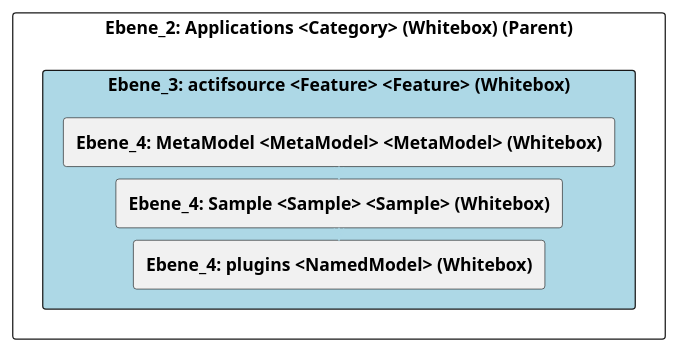
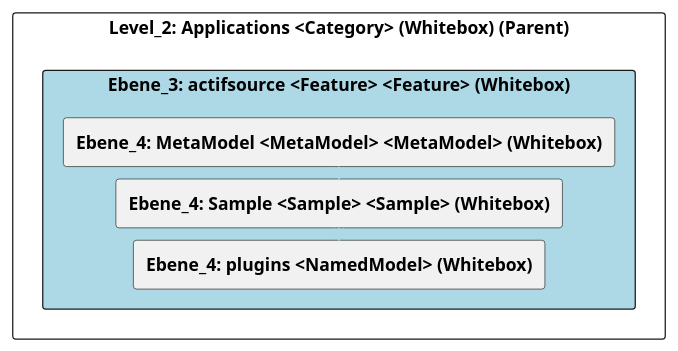
One commit to marcozwyssig/cleon changed the diagram in doc/cleonproject_deliverables_architecture_model_architecture/adoc/de/05_bausteinsicht/cleon/applications/actifsource/ebene_3_actifsource.adoc. Above: the diagram before and after it, drawn with PlantUML. The commit also changed other lines of this file and 169 other files, not shown here.

```diff
--- a/doc/cleonproject_deliverables_architecture_model_architecture/adoc/de/05_bausteinsicht/cleon/applications/actifsource/ebene_3_actifsource.adoc
+++ b/doc/cleonproject_deliverables_architecture_model_architecture/adoc/de/05_bausteinsicht/cleon/applications/actifsource/ebene_3_actifsource.adoc
@@ -20,30 +20,30 @@
 [plantuml, Ebene_3: actifsource <Feature> <Feature> (Whitebox)BlockOverview, format="svg"]
 ----
 @startuml Ebene_3: actifsource <Feature> <Feature> (Whitebox)BuildingBlockOverview
 
 skinparam ranksep 10
 skinparam componentStyle rectangle
 skinparam shadowing false
 skinparam arrowColor lightblue
 skinparam arrowThickness 1.2
 skinparam rectangle {
   BackgroundColor White
   BorderColor #333
   RoundCorner 10
 }
 top to bottom direction
 
-component "Ebene_2: Applications <Category> (Whitebox) (Parent)" {
+component "Level_2: Applications <Category> (Whitebox) (Parent)" {
     component "Ebene_3: actifsource <Feature> <Feature> (Whitebox)" #lightblue {
         [**Ebene_4: MetaModel <MetaModel> <MetaModel> (Whitebox)**] as 4A56DE43_D579_11EE_903E_9F564E4DE07E
         [**Ebene_4: Sample <Sample> <Sample> (Whitebox)**] as 4A570568_D579_11EE_903E_9F564E4DE07E
         [**Ebene_4: plugins <NamedModel> (Whitebox)**] as 4A56DE4E_D579_11EE_903E_9F564E4DE07E
     }
 
     4A56DE43_D579_11EE_903E_9F564E4DE07E -down-> 4A570568_D579_11EE_903E_9F564E4DE07E
     4A570568_D579_11EE_903E_9F564E4DE07E -down-> 4A56DE4E_D579_11EE_903E_9F564E4DE07E
     
 }
 
 @enduml
 ----
```
